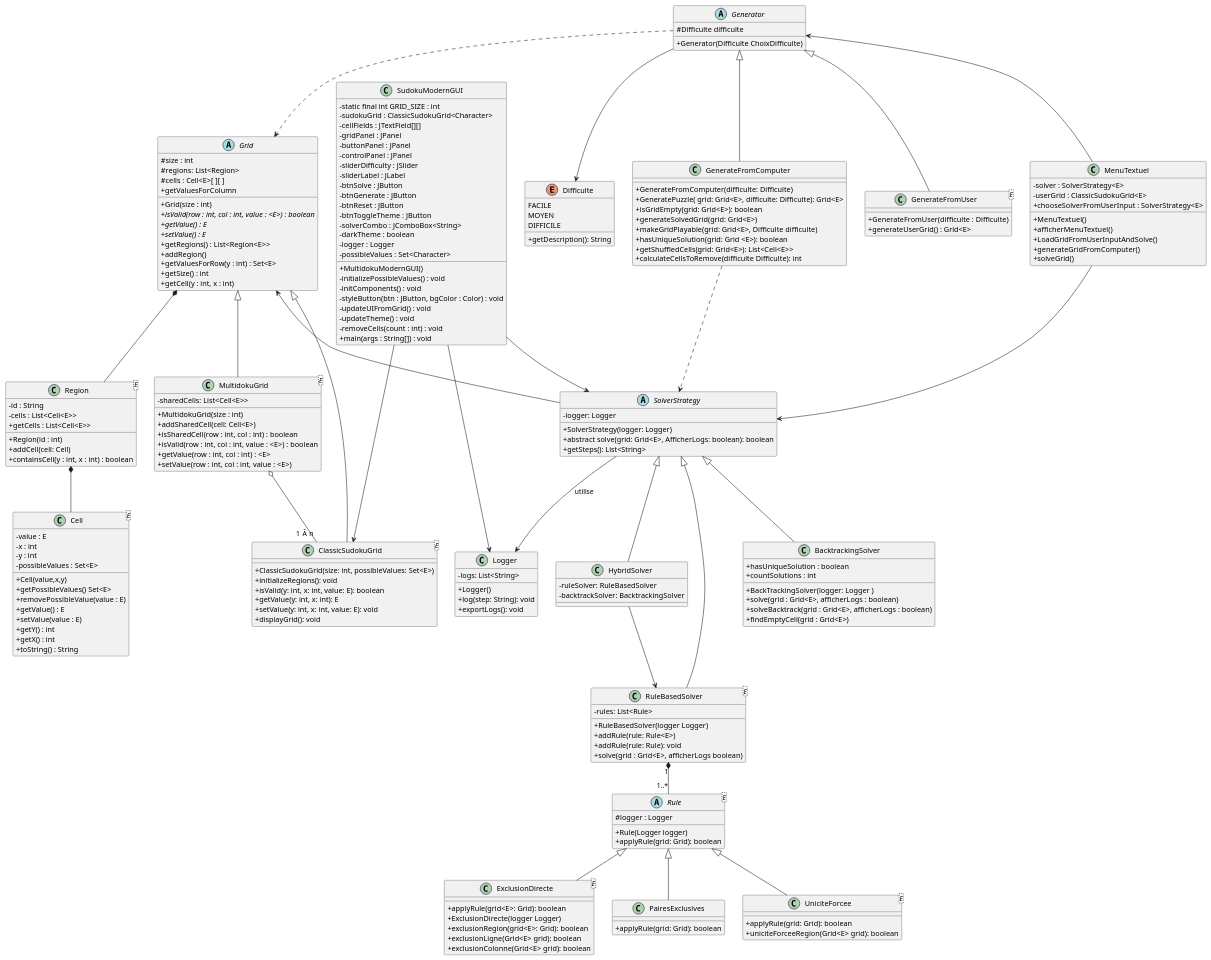
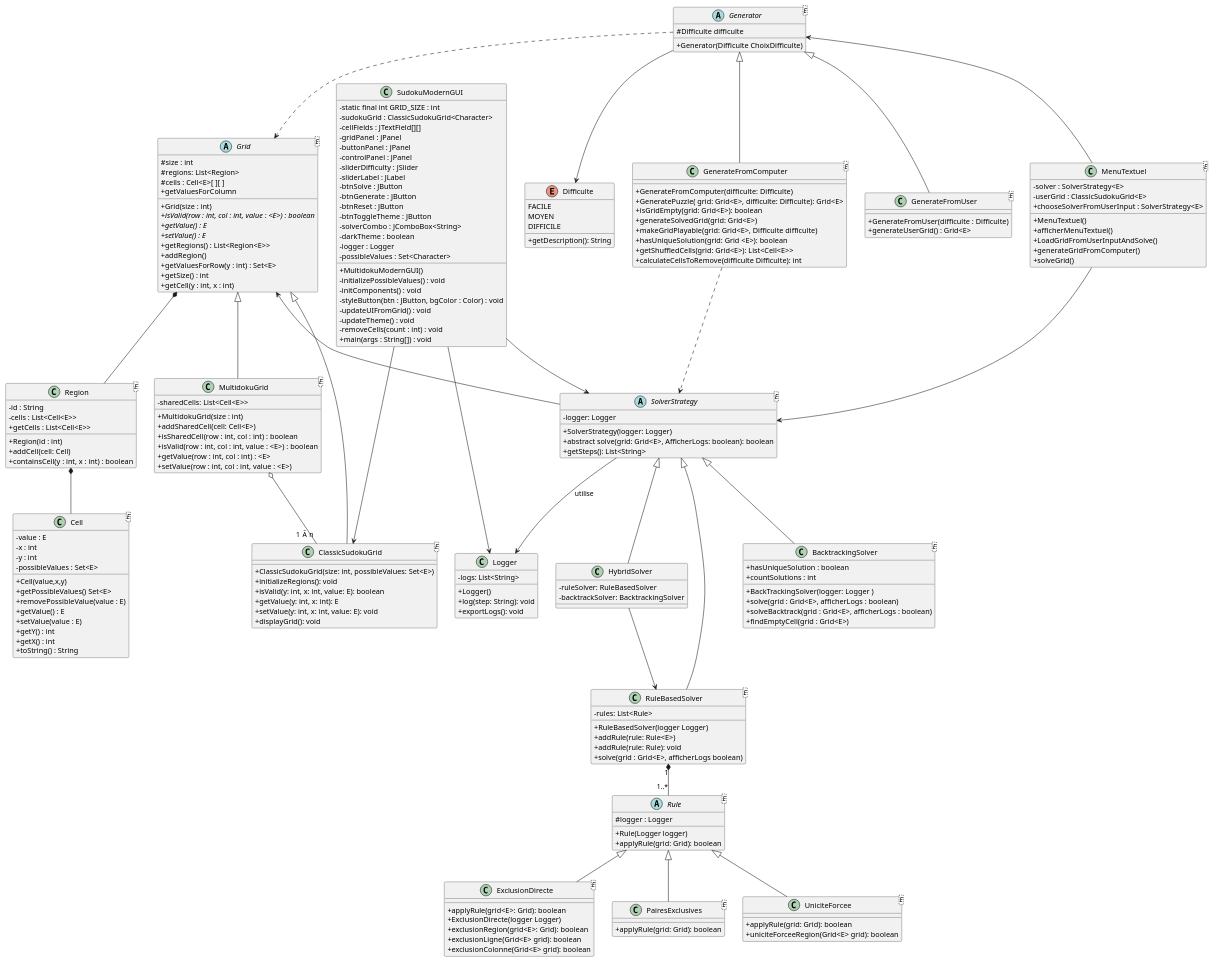
One commit to PolytechLyon/SudokuAPO changed the diagram in ClassDiagram.puml. Above: the diagram before and after it, drawn with PlantUML.

Commit message:
diagramme classe <E> verifie

```diff
--- a/ClassDiagram.puml
+++ b/ClassDiagram.puml
@@ -2,7 +2,7 @@
 skinparam classAttributeIconSize 0
 'https://plantuml.com/class-diagram
 
-abstract class Grid{
+abstract class Grid<E>{
     # size : int
     # regions: List<Region>
     # cells : Cell<E>[ ][ ]
@@ -73,7 +73,7 @@
     + exclusionLigne(Grid<E> grid): boolean
     + exclusionColonne(Grid<E> grid): boolean
 }
-class PairesExclusives extends Rule {
+class PairesExclusives<E> extends Rule {
     + applyRule(grid: Grid): boolean
 }
 class UniciteForcee<E> extends Rule {
@@ -90,14 +90,14 @@
 
 Generator --> Difficulte
 
-Abstract class Generator {
+Abstract class Generator<E> {
     # Difficulte difficulte
     + Generator(Difficulte ChoixDifficulte)
 
 }
 Generator ..> Grid
 
-class GenerateFromComputer extends Generator{
+class GenerateFromComputer<E> extends Generator{
     + GenerateFromComputer(difficulte: Difficulte)
     + GeneratePuzzle( grid: Grid<E>, difficulte: Difficulte): Grid<E>
     + isGridEmpty(grid: Grid<E>): boolean
@@ -113,7 +113,7 @@
     + generateUserGrid() : Grid<E>
 }
 
-class MenuTextuel {
+class MenuTextuel<E> {
     - solver : SolverStrategy<E>
     - userGrid : ClassicSudokuGrid<E>
     + MenuTextuel()
@@ -136,7 +136,7 @@
     + solve(grid : Grid<E>, afficherLogs boolean)
 }
 
-class BacktrackingSolver {
+class BacktrackingSolver<E> {
     +BackTrackingSolver(logger: Logger )
     +solve(grid : Grid<E>, afficherLogs : boolean)
     +solveBacktrack(grid : Grid<E>, afficherLogs : boolean)
@@ -157,7 +157,7 @@
     + exportLogs(): void
 }
 
-abstract class SolverStrategy {
+abstract class SolverStrategy<E> {
     - logger: Logger
     + SolverStrategy(logger: Logger)
     + abstract solve(grid: Grid<E>, AfficherLogs: boolean): boolean
```
